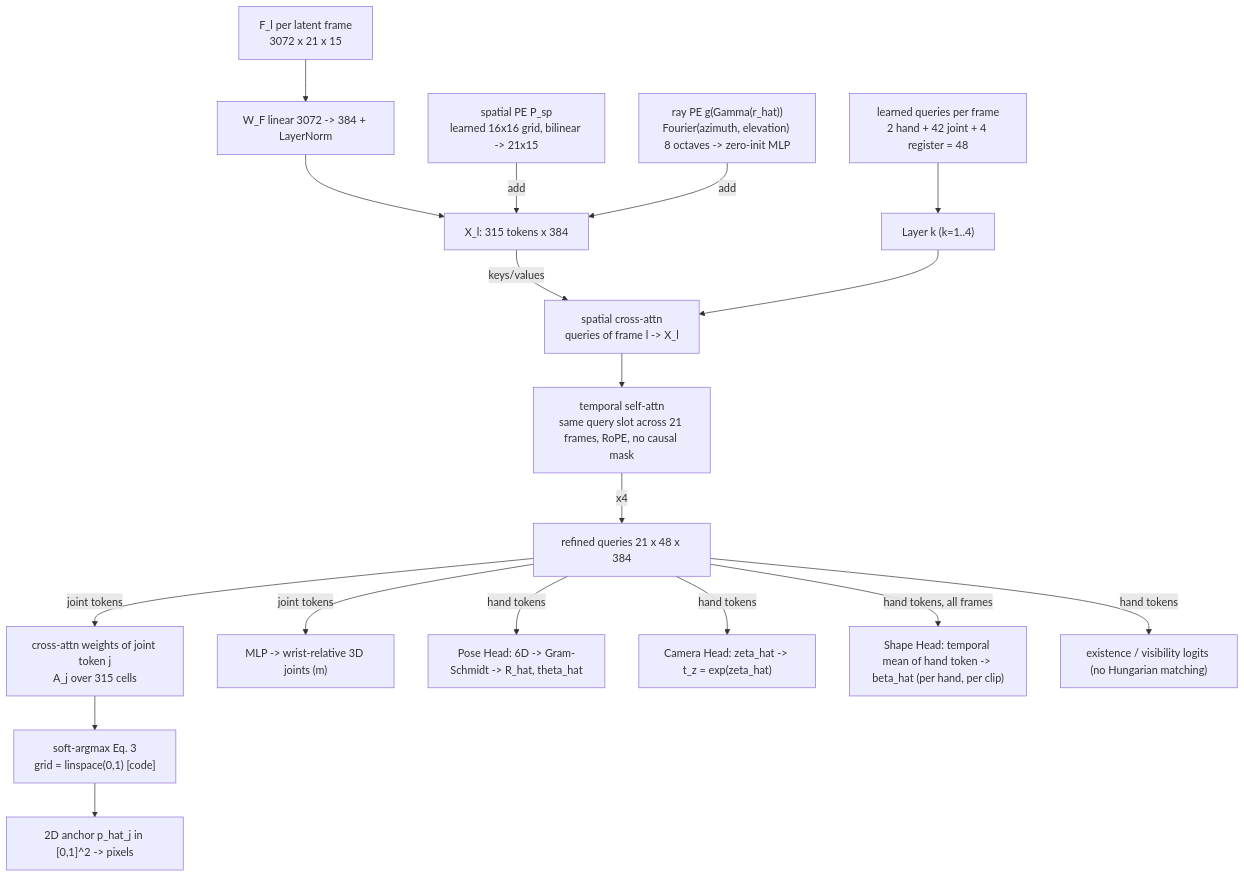
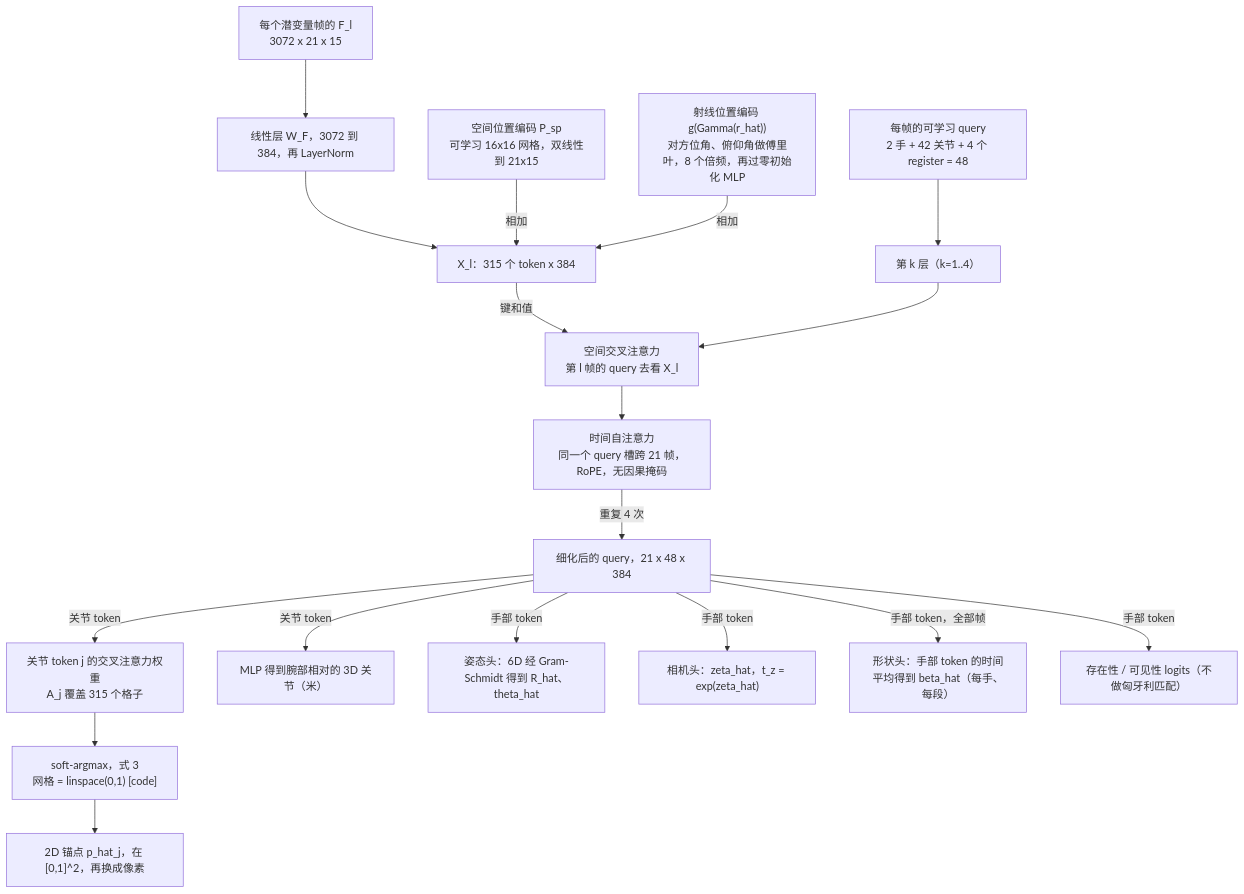
The third of 6 diagrams in repro/2608.20308/method-flowchart.md (Ziyang-Li-AILab/liziyang_projects), drawn with Mermaid before and after one commit. The commit also changed other lines of this file and 30 other files, not shown here.

````diff
--- a/repro/2608.20308/method-flowchart.md
+++ b/repro/2608.20308/method-flowchart.md
@@ -96,36 +96,36 @@
 ```mermaid
 flowchart TB
-    F["F_l per latent frame<br/>3072 x 21 x 15"]
-    WF["W_F linear 3072 -> 384 + LayerNorm"]
-    PSP["spatial PE P_sp<br/>learned 16x16 grid, bilinear -> 21x15"]
-    PRAY["ray PE g(Gamma(r_hat))<br/>Fourier(azimuth, elevation) 8 octaves -> zero-init MLP"]
-    X["X_l: 315 tokens x 384"]
+    F["每个潜变量帧的 F_l<br/>3072 x 21 x 15"]
+    WF["线性层 W_F，3072 到 384，再 LayerNorm"]
+    PSP["空间位置编码 P_sp<br/>可学习 16x16 网格，双线性到 21x15"]
+    PRAY["射线位置编码 g(Gamma(r_hat))<br/>对方位角、俯仰角做傅里叶，8 个倍频，再过零初始化 MLP"]
+    X["X_l：315 个 token x 384"]
 
-    Q0["learned queries per frame<br/>2 hand + 42 joint + 4 register = 48"]
-    L1["Layer k (k=1..4)"]
-    SCA["spatial cross-attn<br/>queries of frame l -> X_l"]
-    TSA["temporal self-attn<br/>same query slot across 21 frames, RoPE, no causal mask"]
-    QT["refined queries 21 x 48 x 384"]
+    Q0["每帧的可学习 query<br/>2 手 + 42 关节 + 4 个 register = 48"]
+    L1["第 k 层（k=1..4）"]
+    SCA["空间交叉注意力<br/>第 l 帧的 query 去看 X_l"]
+    TSA["时间自注意力<br/>同一个 query 槽跨 21 帧，RoPE，无因果掩码"]
+    QT["细化后的 query，21 x 48 x 384"]
 
-    A["cross-attn weights of joint token j<br/>A_j over 315 cells"]
-    SOFT["soft-argmax Eq. 3<br/>grid = linspace(0,1) [code]"]
-    P2D["2D anchor p_hat_j in [0,1]^2 -> pixels"]
-    J3D["MLP -> wrist-relative 3D joints (m)"]
-    ROT["Pose Head: 6D -> Gram-Schmidt -> R_hat, theta_hat"]
-    DEP["Camera Head: zeta_hat -> t_z = exp(zeta_hat)"]
-    BETA["Shape Head: temporal mean of hand token -> beta_hat (per hand, per clip)"]
-    PRES["existence / visibility logits (no Hungarian matching)"]
+    A["关节 token j 的交叉注意力权重<br/>A_j 覆盖 315 个格子"]
+    SOFT["soft-argmax，式 3<br/>网格 = linspace(0,1) [code]"]
+    P2D["2D 锚点 p_hat_j，在 [0,1]^2，再换成像素"]
+    J3D["MLP 得到腕部相对的 3D 关节（米）"]
+    ROT["姿态头：6D 经 Gram-Schmidt 得到 R_hat、theta_hat"]
+    DEP["相机头：zeta_hat，t_z = exp(zeta_hat)"]
+    BETA["形状头：手部 token 的时间平均得到 beta_hat（每手、每段）"]
+    PRES["存在性 / 可见性 logits（不做匈牙利匹配）"]
 
     F --> WF --> X
-    PSP -->|"add"| X
-    PRAY -->|"add"| X
+    PSP -->|"相加"| X
+    PRAY -->|"相加"| X
     Q0 --> L1
-    X -->|"keys/values"| SCA
-    L1 --> SCA --> TSA -->|"x4"| QT
-    QT -->|"joint tokens"| A --> SOFT --> P2D
-    QT -->|"joint tokens"| J3D
-    QT -->|"hand tokens"| ROT
-    QT -->|"hand tokens"| DEP
-    QT -->|"hand tokens, all frames"| BETA
-    QT -->|"hand tokens"| PRES
+    X -->|"键和值"| SCA
+    L1 --> SCA --> TSA -->|"重复 4 次"| QT
+    QT -->|"关节 token"| A --> SOFT --> P2D
+    QT -->|"关节 token"| J3D
+    QT -->|"手部 token"| ROT
+    QT -->|"手部 token"| DEP
+    QT -->|"手部 token，全部帧"| BETA
+    QT -->|"手部 token"| PRES
 ```
````
